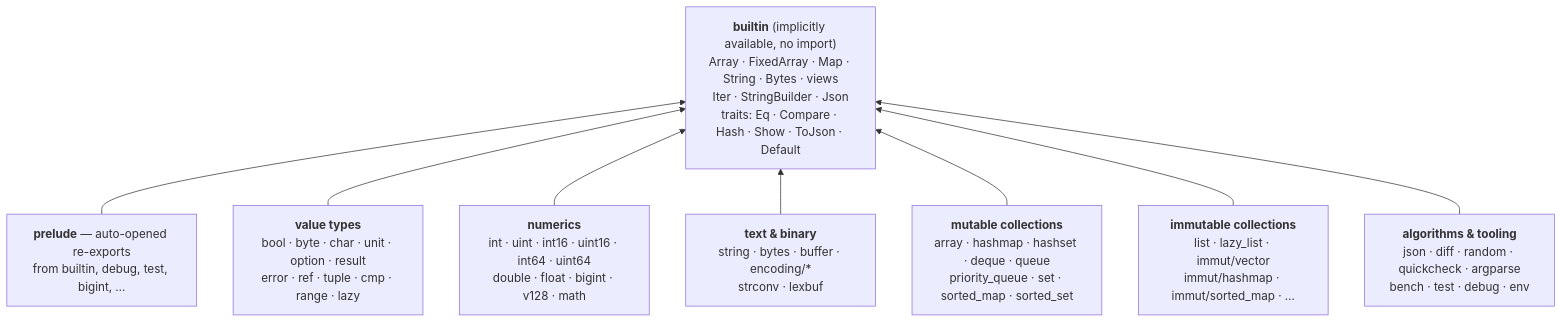
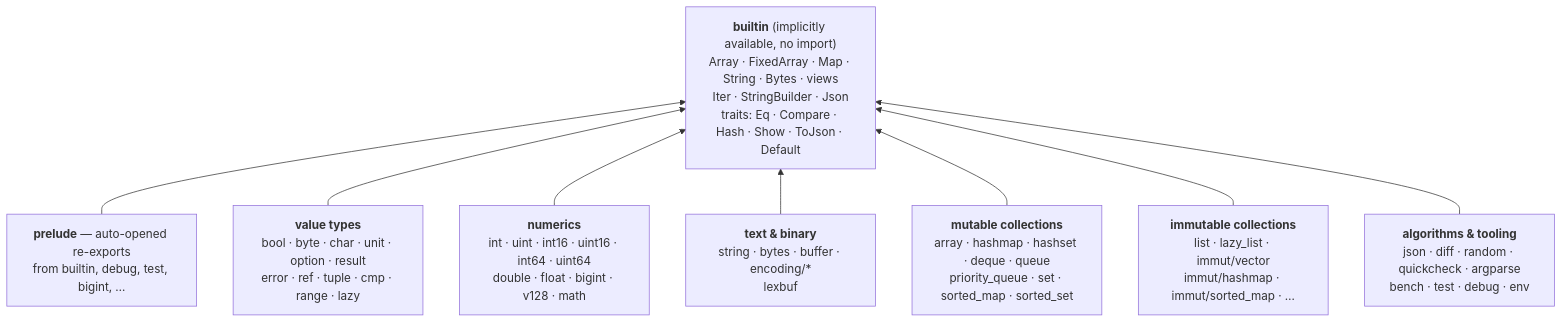
One commit to moonbitlang/core changed the diagram in README.md. Above: the diagram before and after it, drawn with Mermaid. The commit also changed 22 other files, not shown here.

````diff
--- a/README.md
+++ b/README.md
@@ -20,11 +20,11 @@
 ```mermaid
 graph BT
   builtin["<b>builtin</b> (implicitly available, no import)<br/>Array · FixedArray · Map · String · Bytes · views<br/>Iter · StringBuilder · Json<br/>traits: Eq · Compare · Hash · Show · ToJson · Default"]
   prelude["<b>prelude</b> — auto-opened re-exports<br/>from builtin, debug, test, bigint, …"] --> builtin
   values["<b>value types</b><br/>bool · byte · char · unit · option · result<br/>error · ref · tuple · cmp · range · lazy"] --> builtin
   numbers["<b>numerics</b><br/>int · uint · int16 · uint16 · int64 · uint64<br/>double · float · bigint · v128 · math"] --> builtin
-  text["<b>text & binary</b><br/>string · bytes · buffer · encoding/*<br/>strconv · lexbuf"] --> builtin
+  text["<b>text & binary</b><br/>string · bytes · buffer · encoding/*<br/>lexbuf"] --> builtin
   mut["<b>mutable collections</b><br/>array · hashmap · hashset · deque · queue<br/>priority_queue · set · sorted_map · sorted_set"] --> builtin
   imm["<b>immutable collections</b><br/>list · lazy_list · immut/vector<br/>immut/hashmap · immut/sorted_map · …"] --> builtin
   tools["<b>algorithms & tooling</b><br/>json · diff · random · quickcheck · argparse<br/>bench · test · debug · env"] --> builtin
 ```
````
